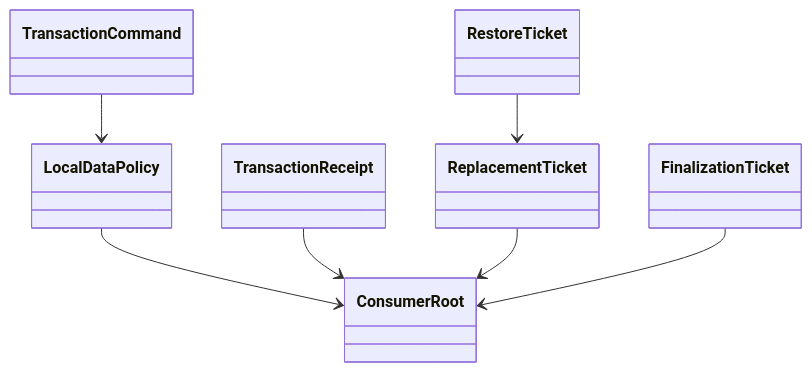
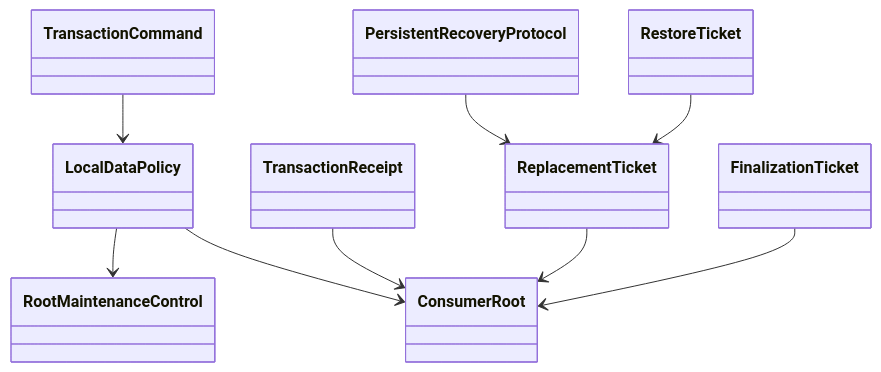
One commit to Huruikagi/pc-build-planner changed the fourth of 5 diagrams in .kiro/specs/local-data-library-boundaries/design.md. Above: the diagram before and after it, drawn with Mermaid. The commit also changed other lines of this file and 16 other files, not shown here.

Commit message:
docs(spec): repair local data runtime contracts

````diff
--- a/.kiro/specs/local-data-library-boundaries/design.md
+++ b/.kiro/specs/local-data-library-boundaries/design.md
@@ -411,16 +532,20 @@
 ```mermaid
 classDiagram
     class ConsumerRoot
     class LocalDataPolicy
     class TransactionCommand
     class TransactionReceipt
+    class RootMaintenanceControl
+    class PersistentRecoveryProtocol
     class ReplacementTicket
     class RestoreTicket
     class FinalizationTicket
     LocalDataPolicy --> ConsumerRoot
+    LocalDataPolicy --> RootMaintenanceControl
+    PersistentRecoveryProtocol --> ReplacementTicket
     TransactionCommand --> LocalDataPolicy
     TransactionReceipt --> ConsumerRoot
     ReplacementTicket --> ConsumerRoot
     RestoreTicket --> ReplacementTicket
     FinalizationTicket --> ConsumerRoot
 ```
````
